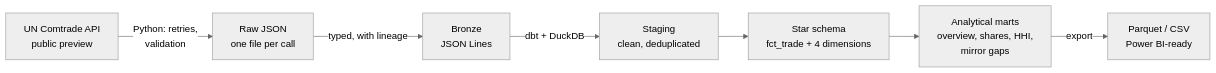
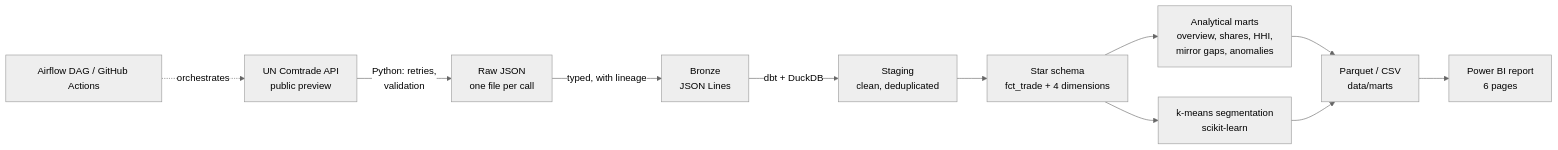
One commit to nkhawla000-cmyk/morocco-trade-intelligence changed the diagram in README.md. Above: the diagram before and after it, drawn with Mermaid (neutral theme). The commit also changed other lines of this file and 2 other files, not shown here.

First line of the commit message:
v1.0: documentation and Power BI checks

````diff
--- a/README.md
+++ b/README.md
@@ -16,9 +17,13 @@
 ```mermaid
 flowchart LR
     A[UN Comtrade API<br/>public preview] -->|Python: retries,<br/>validation| B[Raw JSON<br/>one file per call]
     B -->|typed, with lineage| C[Bronze<br/>JSON Lines]
     C -->|dbt + DuckDB| D[Staging<br/>clean, deduplicated]
     D --> E[Star schema<br/>fct_trade + 4 dimensions]
-    E --> F[Analytical marts<br/>overview, shares, HHI,<br/>mirror gaps]
-    F -->|export| G[Parquet / CSV<br/>Power BI-ready]
+    E --> F[Analytical marts<br/>overview, shares, HHI,<br/>mirror gaps, anomalies]
+    E --> S[k-means segmentation<br/>scikit-learn]
+    F --> G[Parquet / CSV<br/>data/marts]
+    S --> G
+    G --> P[Power BI report<br/>6 pages]
+    O[Airflow DAG / GitHub Actions] -. orchestrates .-> A
 ```
````
